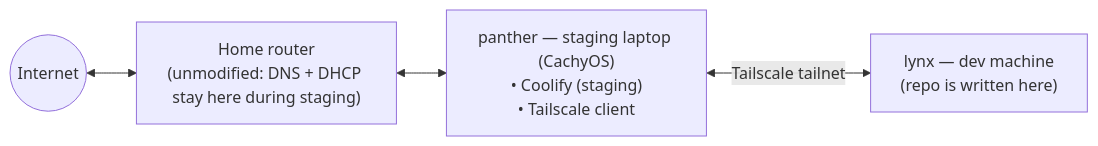
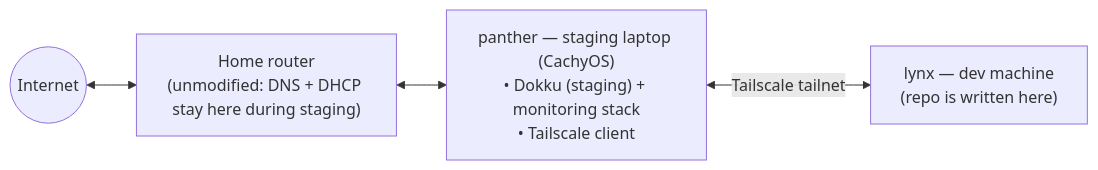
The second of 2 diagrams in docs/topology.md (kcurtet/homelab), drawn with Mermaid before and after one commit. The commit also changed other lines of this file and 22 other files, not shown here.

Commit message:
feat(hosting): replace coolify with dokku push-to-deploy behind traefik; dashboard + restic live

````diff
--- a/docs/topology.md
+++ b/docs/topology.md
@@ -33,11 +33,11 @@
 ```mermaid
 flowchart LR
     IN(("Internet"))
     R["Home router<br/>(unmodified: DNS + DHCP stay here during staging)"]
-    P["panther — staging laptop (CachyOS)<br/>• Coolify (staging)<br/>• Tailscale client"]
+    P["panther — staging laptop (CachyOS)<br/>• Dokku (staging) + monitoring stack<br/>• Tailscale client"]
     L["lynx — dev machine<br/>(repo is written here)"]
 
     IN <--> R
     R <--> P
     P <-- "Tailscale tailnet" --> L
 ```
````
